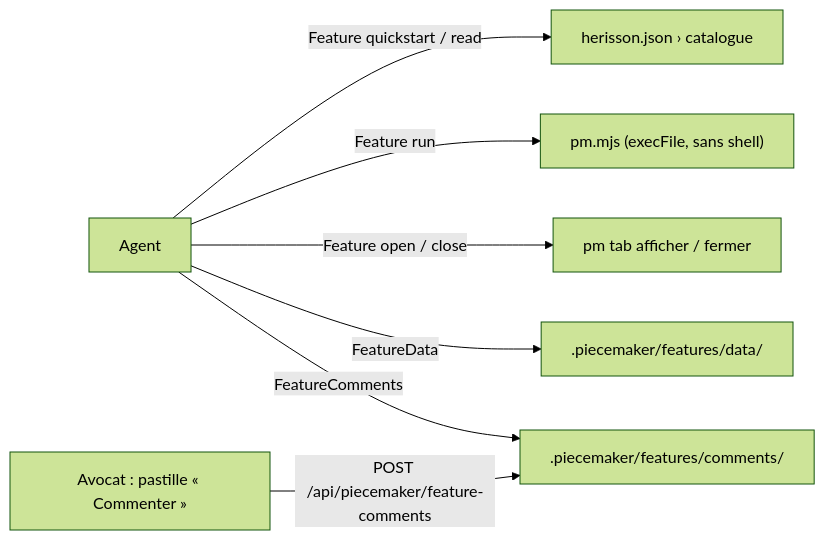
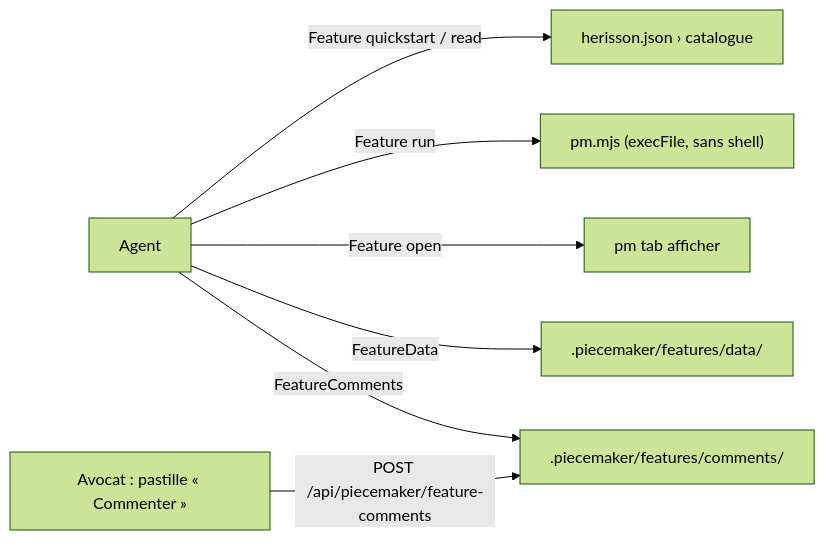
Before and after one commit to PieceMaker-Legal/piecemaker-droit-francais: the diagram in docs/features.md, drawn with Mermaid (forest theme). The commit also changed other lines of this file and 9 other files, not shown here.

````diff
--- a/docs/features.md
+++ b/docs/features.md
@@ -5,9 +5,9 @@
 ```mermaid
 flowchart LR
   A[Agent] -->|Feature quickstart / read| C["herisson.json › catalogue"]
   A -->|Feature run| P["pm.mjs (execFile, sans shell)"]
-  A -->|Feature open / close| T[pm tab afficher / fermer]
+  A -->|Feature open| T[pm tab afficher]
   A -->|FeatureData| D[".piecemaker/features/data/"]
   A -->|FeatureComments| M[".piecemaker/features/comments/"]
   L[Avocat : pastille « Commenter »] -->|POST /api/piecemaker/feature-comments| M
 ```
````
